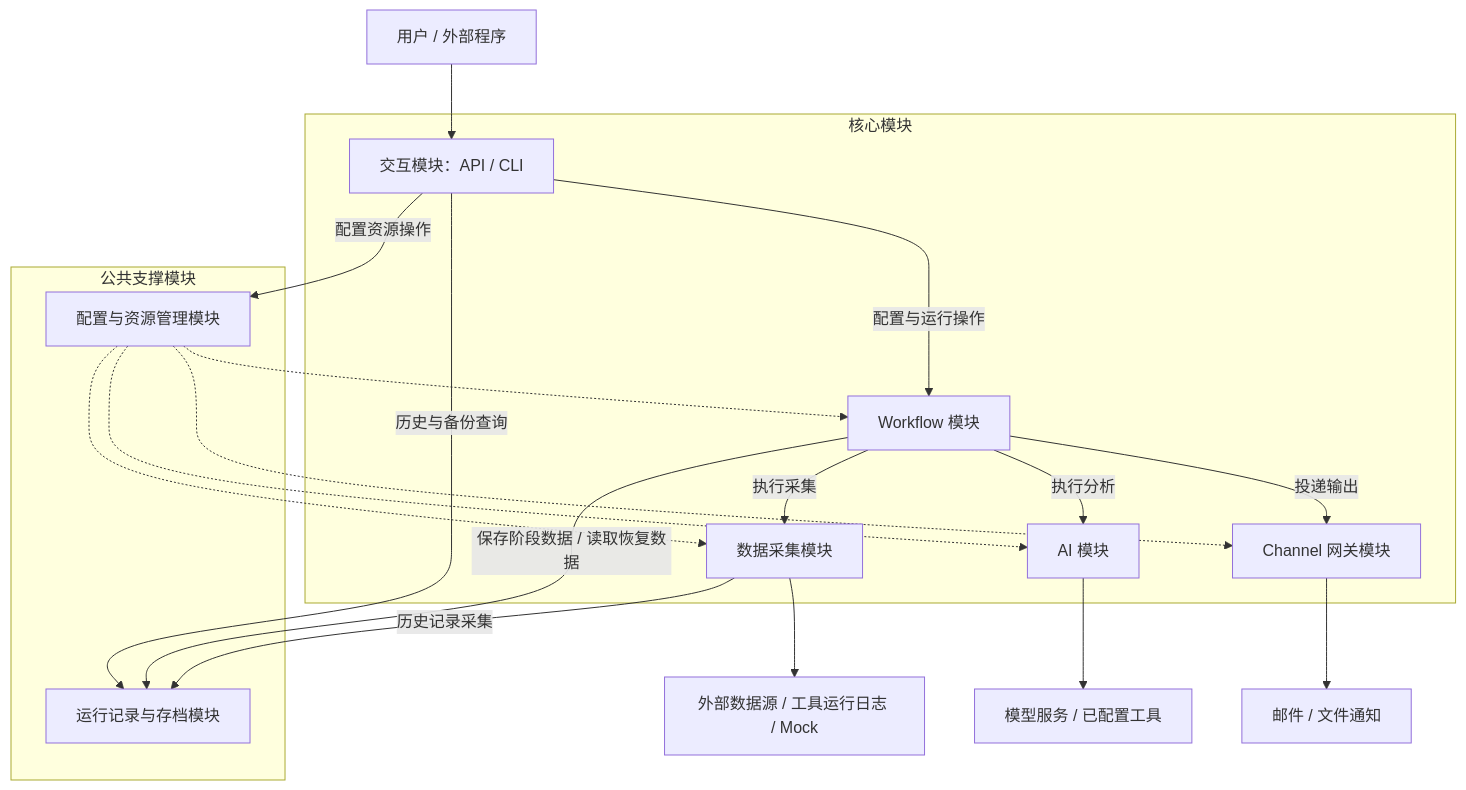
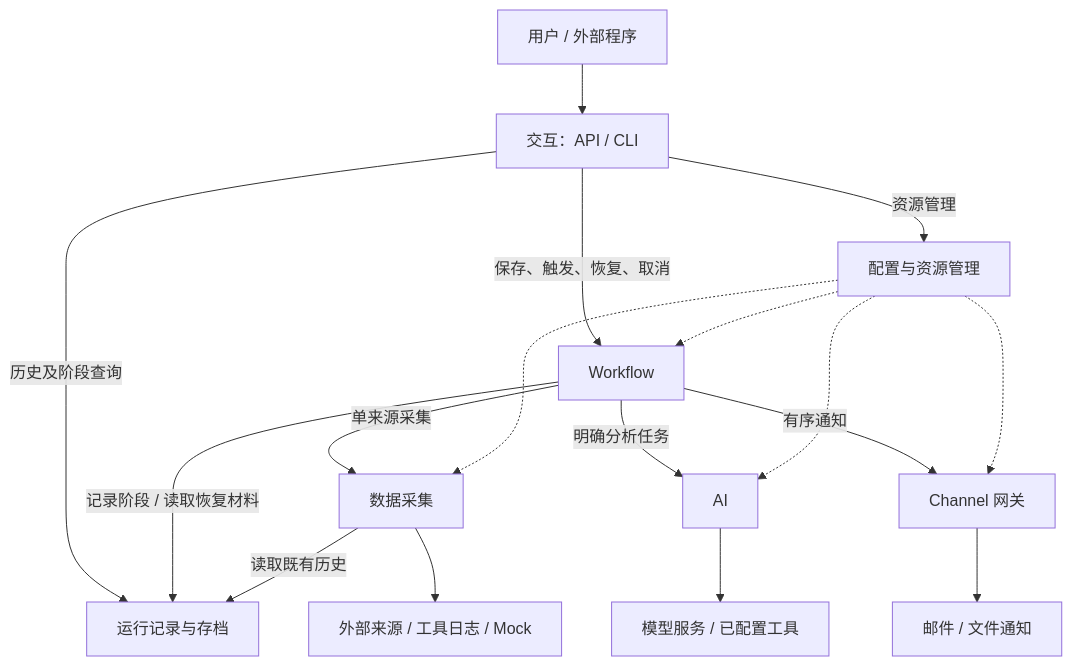
The first of 2 diagrams in openspec/changes/configurable-collection-analysis-workflow/design.md (striiiiiing/WorkFLowWeave), drawn with Mermaid before and after one commit. The commit also changed other lines of this file and 24 other files, not shown here.

Commit message:
docs: define five-part architecture and semantic contracts

````diff
--- a/openspec/changes/configurable-collection-analysis-workflow/design.md
+++ b/openspec/changes/configurable-collection-analysis-workflow/design.md
@@ -33,30 +33,19 @@
 ```mermaid
 flowchart TB
-    User[用户 / 外部程序] --> Interaction[交互模块：API / CLI]
-
-    subgraph Core[核心模块]
-        Interaction -->|配置与运行操作| Workflow[Workflow 模块]
-        Workflow -->|执行采集| Collection[数据采集模块]
-        Workflow -->|执行分析| AI[AI 模块]
-        Workflow -->|投递输出| Gateway[Channel 网关模块]
-    end
-
-    subgraph Support[公共支撑模块]
-        Config[配置与资源管理模块]
-        Archive[运行记录与存档模块]
-    end
-
-    Interaction -->|配置资源操作| Config
-    Interaction -->|历史与备份查询| Archive
-    Workflow -->|保存阶段数据 / 读取恢复数据| Archive
-    Collection -->|历史记录采集| Archive
-
+    User[用户 / 外部程序] --> Interaction[交互：API / CLI]
+    Interaction -->|保存、触发、恢复、取消| Workflow[Workflow]
+    Interaction -->|资源管理| Config[配置与资源管理]
+    Interaction -->|历史及阶段查询| Archive[运行记录与存档]
+    Workflow -->|单来源采集| Collection[数据采集]
+    Workflow -->|明确分析任务| AI[AI]
+    Workflow -->|有序通知| Gateway[Channel 网关]
+    Workflow -->|记录阶段 / 读取恢复材料| Archive
+    Collection -->|读取既有历史| Archive
     Config -.-> Workflow
     Config -.-> Collection
     Config -.-> AI
     Config -.-> Gateway
-
-    Collection --> Sources[外部数据源 / 工具运行日志 / Mock]
+    Collection --> Sources[外部来源 / 工具日志 / Mock]
     AI --> Models[模型服务 / 已配置工具]
     Gateway --> Destinations[邮件 / 文件通知]
 ```
````
